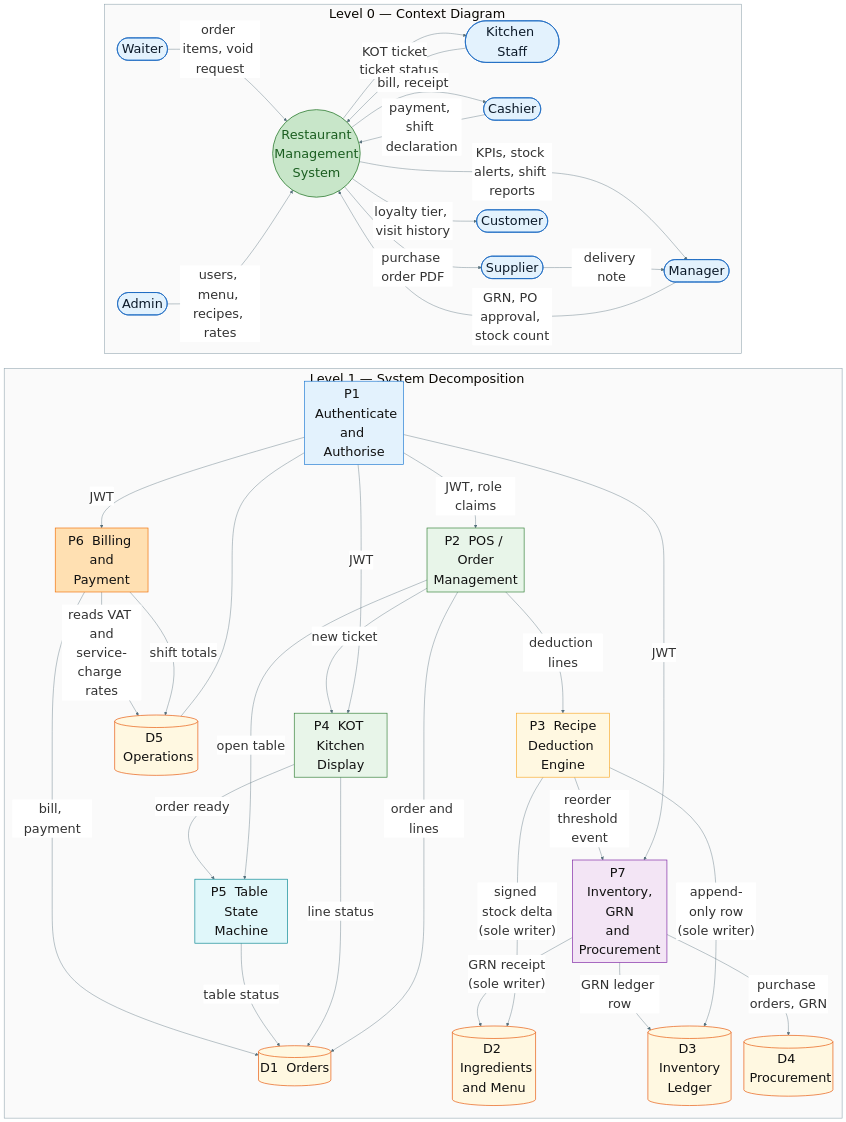
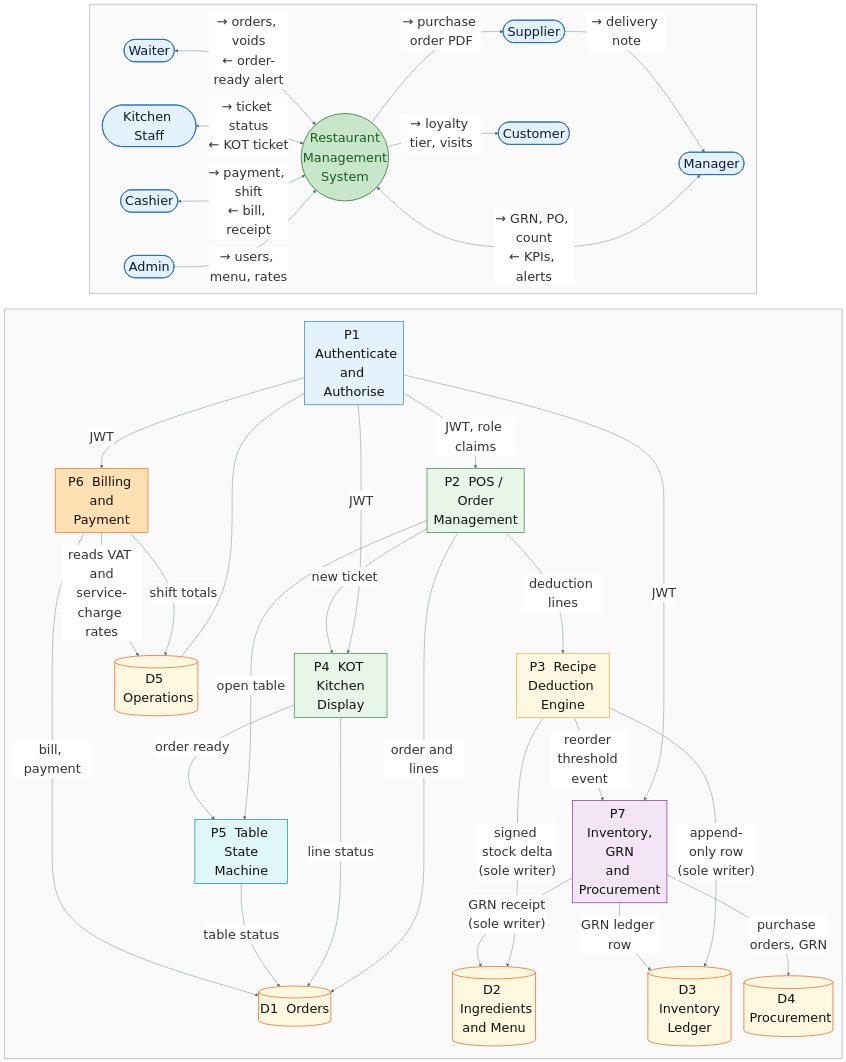
The diagram in diagrams-source/fig3_6_dfd.mmd (Buddhimal-Ramanayaka/restaurant-management-system), drawn with Mermaid before and after one commit. The commit also changed 2 other files, not shown here.

Commit message:
Restore method names in Fig 3.4; clarify Fig 3.6; space Fig 3.7 heading
Fig 3.4 carried terse labels ("3. open table", "12. ledger write") that had
been shortened purely to buy width, which lost the actual method names.
Restored in full, wrapped over two or three lines so each label is narrow,
and the notes tightened to reclaim the height that cost. 6.3pt -> 5.4pt:
full signatures cannot be had at the smaller size, width is the sum of the
lifeline columns and each column is as wide as its widest label.

Fig 3.6 Level 0 was a radial hub with eleven separate arrows and scattered
labels. Now one bidirectional edge per actor with both directions marked
(-> out / <- in), eleven edges down to eight and no crossings. Subgraph
titles removed: mermaid centres them inside the content band so they are
always overlapped by whatever sits centre-top, and raising the container
padding clears nothing while costing 0.6pt. The caption already names both
levels.

Fig 3.7 title given a sized spacer line so the heading is not hard against
the swimlane header row. Note "&nbsp;" is printed literally by PlantUML;
"<size:10> </size>" gives real whitespace.

```diff
--- a/diagrams-source/fig3_6_dfd.mmd
+++ b/diagrams-source/fig3_6_dfd.mmd
@@ -1,83 +1,80 @@
 %%{init: {'theme':'base','themeVariables':{'fontFamily':'Arial, Helvetica, sans-serif','fontSize':'32px','lineColor':'#546E7A','edgeLabelBackground':'#FFFFFF'},'flowchart':{'nodeSpacing':26,'rankSpacing':38,'curve':'basis','padding':8}}}%%
 flowchart TB
 
-subgraph L0["Level 0 — Context Diagram&nbsp;&nbsp;&nbsp;"]
+subgraph L0[" "]
   direction LR
-  W0([Waiter]) -->|"order items, void request"| SYS(("Restaurant<br/>Management<br/>System"))
-  K0([Kitchen Staff]) -->|"ticket status"| SYS
-  C0([Cashier]) -->|"payment, shift declaration"| SYS
-  M0([Manager]) -->|"GRN, PO approval, stock count"| SYS
-  A0([Admin]) -->|"users, menu, recipes, rates"| SYS
-  SYS -->|"KOT ticket"| K0
-  SYS -->|"bill, receipt"| C0
-  SYS -->|"KPIs, stock alerts, shift reports"| M0
-  SYS -->|"purchase order PDF"| S0([Supplier])
-  S0 -->|"delivery note"| M0
-  SYS -->|"loyalty tier, visit history"| CU0([Customer])
+  W0([Waiter]) <-->|"→ orders, voids<br/>← order-ready alert"| SYS(("Restaurant<br/>Management<br/>System"))
+  K0([Kitchen Staff]) <-->|"→ ticket status<br/>← KOT ticket"| SYS
+  C0([Cashier]) <-->|"→ payment, shift<br/>← bill, receipt"| SYS
+  M0([Manager]) <-->|"→ GRN, PO, count<br/>← KPIs, alerts"| SYS
+  A0([Admin]) -->|"→ users, menu, rates"| SYS
+  SYS -->|"→ purchase order PDF"| S0([Supplier])
+  S0 -->|"→ delivery note"| M0
+  SYS -->|"→ loyalty tier, visits"| CU0([Customer])
 end
 
-subgraph L1["Level 1 — System Decomposition&nbsp;&nbsp;&nbsp;"]
+subgraph L1[" "]
   direction TB
 
   P1["P1 &nbsp;Authenticate<br/>and Authorise"]
   P2["P2 &nbsp;POS / Order<br/>Management"]
   P3["P3 &nbsp;Recipe<br/>Deduction Engine"]
   P4["P4 &nbsp;KOT Kitchen<br/>Display"]
   P5["P5 &nbsp;Table State<br/>Machine"]
   P6["P6 &nbsp;Billing and<br/>Payment"]
   P7["P7 &nbsp;Inventory, GRN<br/>and Procurement"]
 
   D1[("D1 &nbsp;Orders")]
   D2[("D2 &nbsp;Ingredients<br/>and Menu")]
   D3[("D3 &nbsp;Inventory Ledger")]
   D4[("D4 &nbsp;Procurement")]
   D5[("D5 &nbsp;Operations")]
 
   P1 -->|"JWT, role claims"| P2
   P1 -->|JWT| P4
   P1 -->|JWT| P6
   P1 -->|JWT| P7
   P1 --- D5
 
   P2 -->|"deduction lines"| P3
   P2 -->|"order and lines"| D1
   P2 -->|"open table"| P5
   P2 -->|"new ticket"| P4
 
   P3 -->|"signed stock delta<br/>(sole writer)"| D2
   P3 -->|"append-only row<br/>(sole writer)"| D3
   P3 -->|"reorder threshold event"| P7
 
   P4 -->|"line status"| D1
   P4 -->|"order ready"| P5
   P5 -->|"table status"| D1
 
   P6 -->|"bill, payment"| D1
   P6 -->|"shift totals"| D5
   P6 -->|"reads VAT and<br/>service-charge rates"| D5
 
   P7 -->|"purchase orders, GRN"| D4
   P7 -->|"GRN receipt<br/>(sole writer)"| D2
   P7 -->|"GRN ledger row"| D3
 end
 
 L0 ~~~ L1
 
 classDef ext  fill:#E3F2FD,stroke:#1565C0,stroke-width:1.6px,color:#0d1b2a
 classDef sys  fill:#C8E6C9,stroke:#2E7D32,stroke-width:2px,color:#1b5e20
 classDef proc fill:#E8F5E9,stroke:#2E7D32,stroke-width:1.6px,color:#111
 classDef store fill:#FFF8E1,stroke:#E65100,stroke-width:1.6px,color:#111
 
 class W0,K0,C0,M0,A0,S0,CU0 ext
 class SYS sys
 class P1,P2,P3,P4,P5,P6,P7 proc
 class D1,D2,D3,D4,D5 store
 
 style L0 fill:#FAFAFA,stroke:#90A4AE,stroke-width:1.4px
 style L1 fill:#FAFAFA,stroke:#90A4AE,stroke-width:1.4px
 
 style P1 fill:#E3F2FD,stroke:#1976D2
 style P3 fill:#FFF8E1,stroke:#F9A825
 style P5 fill:#E0F7FA,stroke:#00838F
 style P6 fill:#FFE0B2,stroke:#EF6C00
 style P7 fill:#F3E5F5,stroke:#7B1FA2
```
